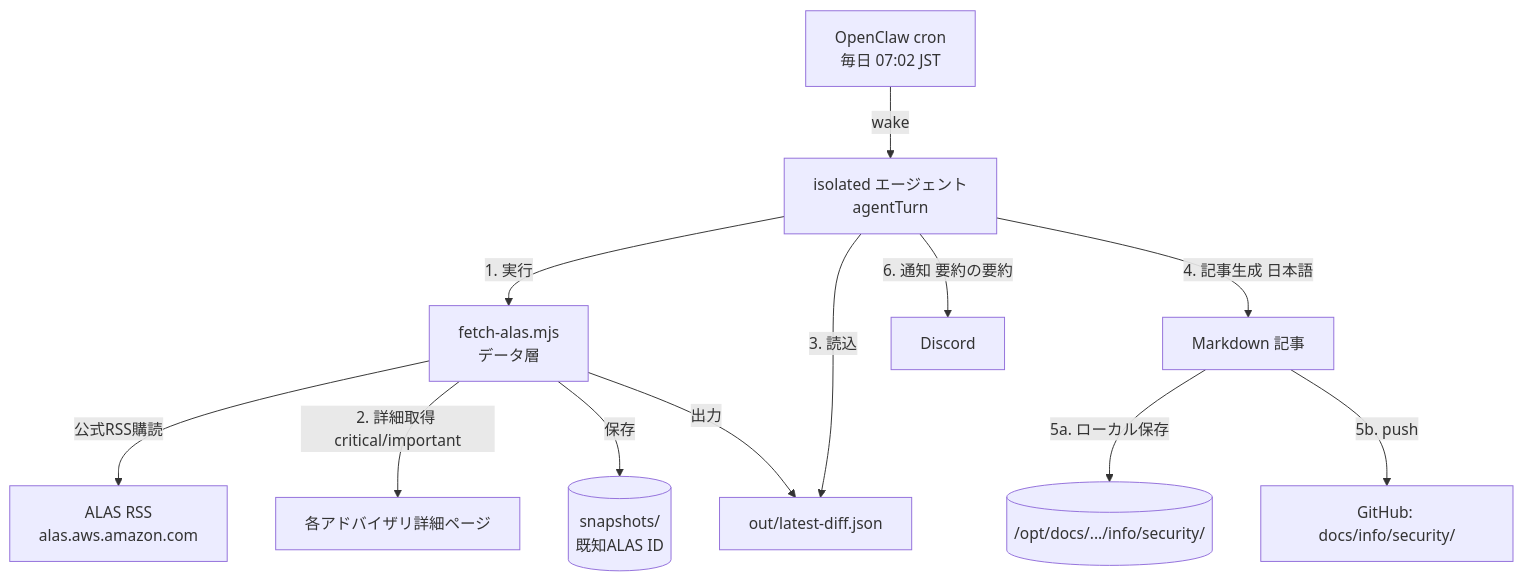
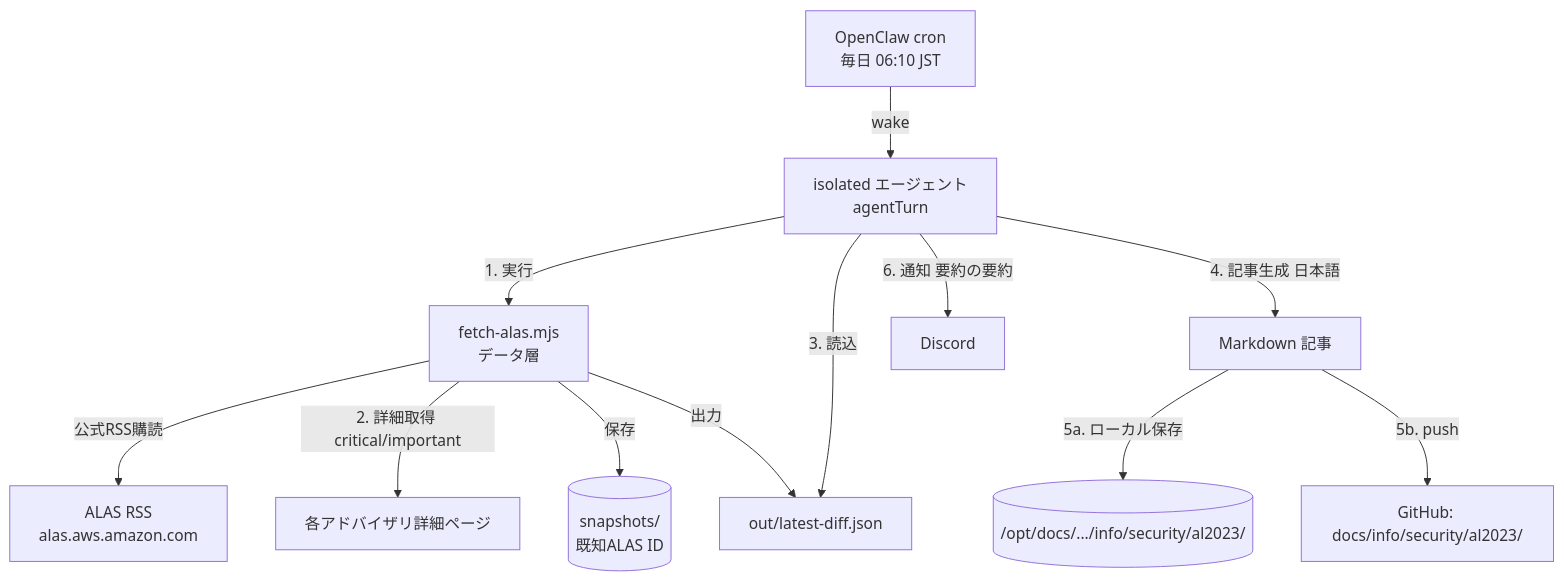
The first of 2 diagrams in docs/openclaw/012_DONE_SETUP_al2023-security-task.md (TakahitoSuzukiii/public-openclaw-01), drawn with Mermaid before and after one commit. The commit also changed other lines of this file and 1 other file, not shown here.

Commit message:
docs(openclaw): 012 schedule 06:10 JST & output to docs/info/security/al2023/; README index update

````diff
--- a/docs/openclaw/012_DONE_SETUP_al2023-security-task.md
+++ b/docs/openclaw/012_DONE_SETUP_al2023-security-task.md
@@ -28,14 +28,14 @@
 ```mermaid
 flowchart TD
-    CRON["OpenClaw cron<br/>毎日 07:02 JST"] -->|wake| AGENT["isolated エージェント<br/>agentTurn"]
+    CRON["OpenClaw cron<br/>毎日 06:10 JST"] -->|wake| AGENT["isolated エージェント<br/>agentTurn"]
     AGENT -->|1. 実行| SCRIPT["fetch-alas.mjs<br/>データ層"]
     SCRIPT -->|公式RSS購読| ALAS["ALAS RSS<br/>alas.aws.amazon.com"]
     SCRIPT -->|2. 詳細取得 critical/important| DETAIL["各アドバイザリ詳細ページ"]
     SCRIPT -->|保存| SNAP[("snapshots/<br/>既知ALAS ID")]
     SCRIPT -->|出力| DIFF["out/latest-diff.json"]
     AGENT -->|3. 読込| DIFF
     AGENT -->|4. 記事生成 日本語| MD["Markdown 記事"]
-    MD -->|5a. ローカル保存| MASTER[("/opt/docs/.../info/security/")]
-    MD -->|5b. push| REPO["GitHub: docs/info/security/"]
+    MD -->|5a. ローカル保存| MASTER[("/opt/docs/.../info/security/al2023/")]
+    MD -->|5b. push| REPO["GitHub: docs/info/security/al2023/"]
     AGENT -->|6. 通知 要約の要約| DISCORD["Discord"]
 ```
````
